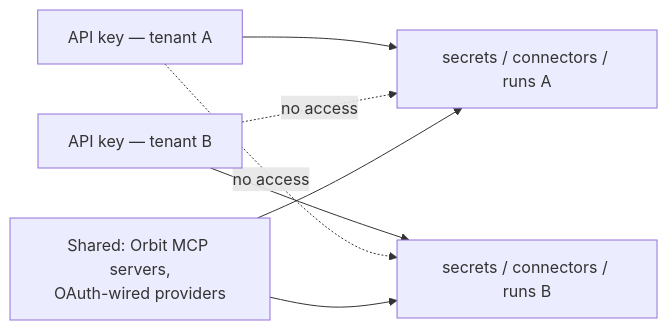
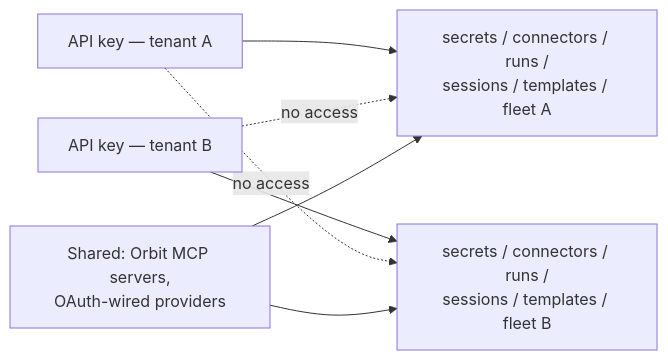
One commit to BLANCO-11/Orbit changed the tenth of 11 diagrams in docs/architecture.md. Above: the diagram before and after it, drawn with Mermaid. The commit also changed other lines of this file and 8 other files, not shown here.

````diff
--- a/docs/architecture.md
+++ b/docs/architecture.md
@@ -457,9 +458,9 @@
 ```mermaid
 flowchart LR
-    KA["API key — tenant A"] --> RA["secrets / connectors / runs A"]
-    KB["API key — tenant B"] --> RB["secrets / connectors / runs B"]
+    KA["API key — tenant A"] --> RA["secrets / connectors / runs /<br/>sessions / templates / fleet A"]
+    KB["API key — tenant B"] --> RB["secrets / connectors / runs /<br/>sessions / templates / fleet B"]
     KA -. no access .-> RB
     KB -. no access .-> RA
     SHARED["Shared: Orbit MCP servers,<br/>OAuth-wired providers"] --> RA
     SHARED --> RB
 ```
````
